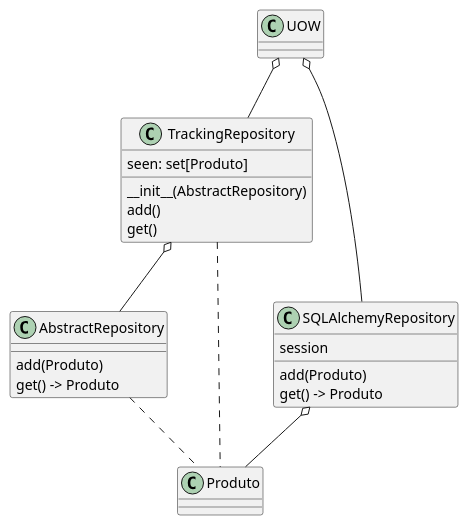
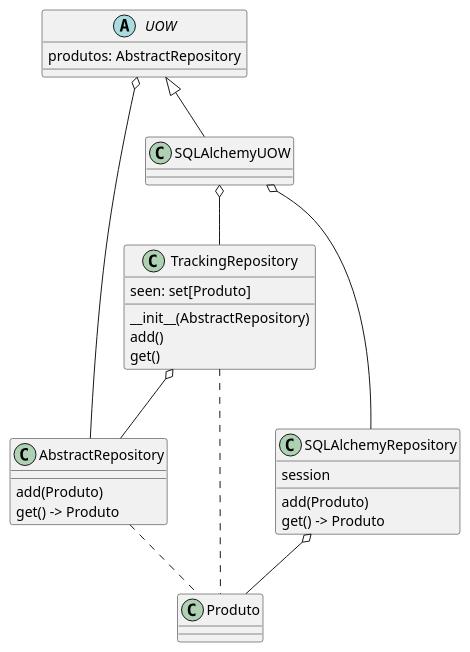
One commit to ralphribeiro/APWP-T2 changed the diagram in src/uow-repo.pu. Above: the diagram before and after it, drawn with PlantUML. The commit also changed 3 other files, not shown here.

```diff
--- a/src/uow-repo.pu
+++ b/src/uow-repo.pu
@@ -1,35 +1,45 @@
 @startuml
 
 class AbstractRepository
 {
     add(Produto)
     get() -> Produto
 }
 
 class TrackingRepository
 {
     seen: set[Produto]
     __init__(AbstractRepository)
     add()
     get()
 }
 
 class Produto
 
 class SQLAlchemyRepository
 {
     session
     add(Produto)
     get() -> Produto
 }
 
-class UOW
+abstract UOW
+{
+    produtos: AbstractRepository
+}
+
+class SQLAlchemyUOW 
+{
+
+}
 
 AbstractRepository .. Produto
 TrackingRepository .. Produto
 SQLAlchemyRepository o-- Produto
 TrackingRepository o-- AbstractRepository
-UOW o-- SQLAlchemyRepository
-UOW o-- TrackingRepository
+UOW <|-- SQLAlchemyUOW
+SQLAlchemyUOW o-- SQLAlchemyRepository
+SQLAlchemyUOW o-- TrackingRepository
+UOW o-- AbstractRepository
 
 @enduml
```
